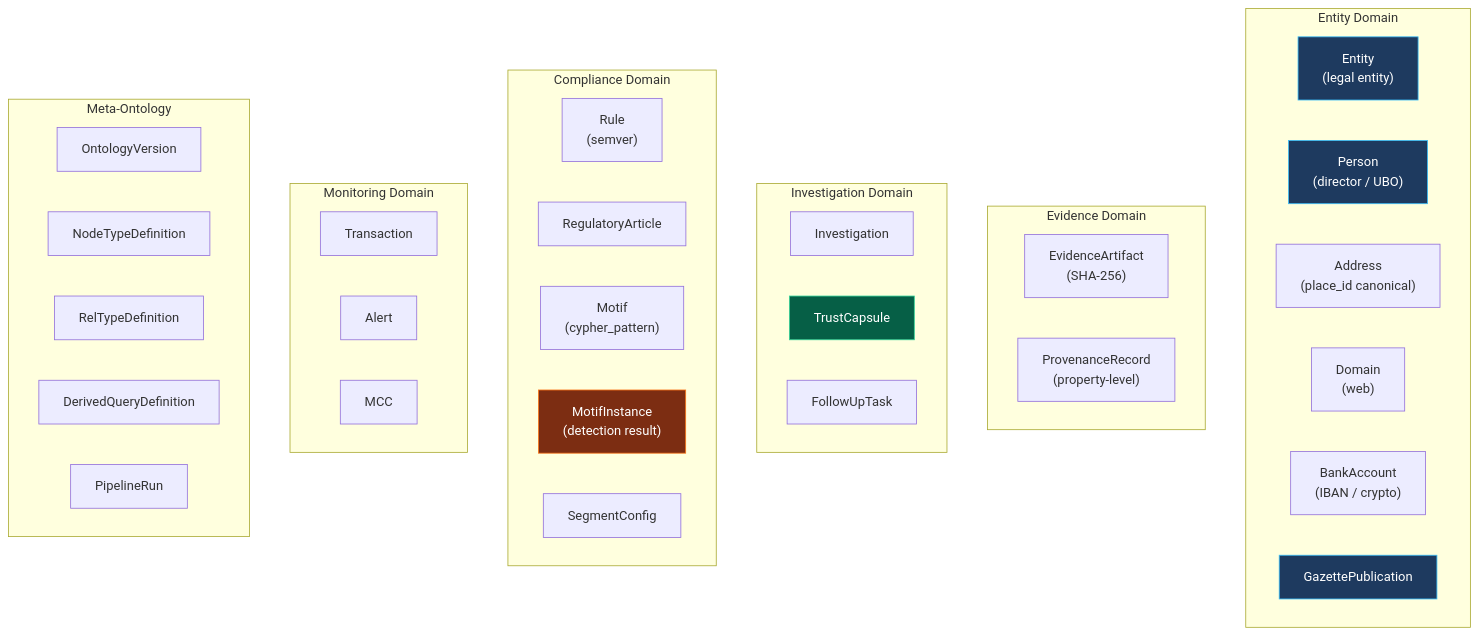
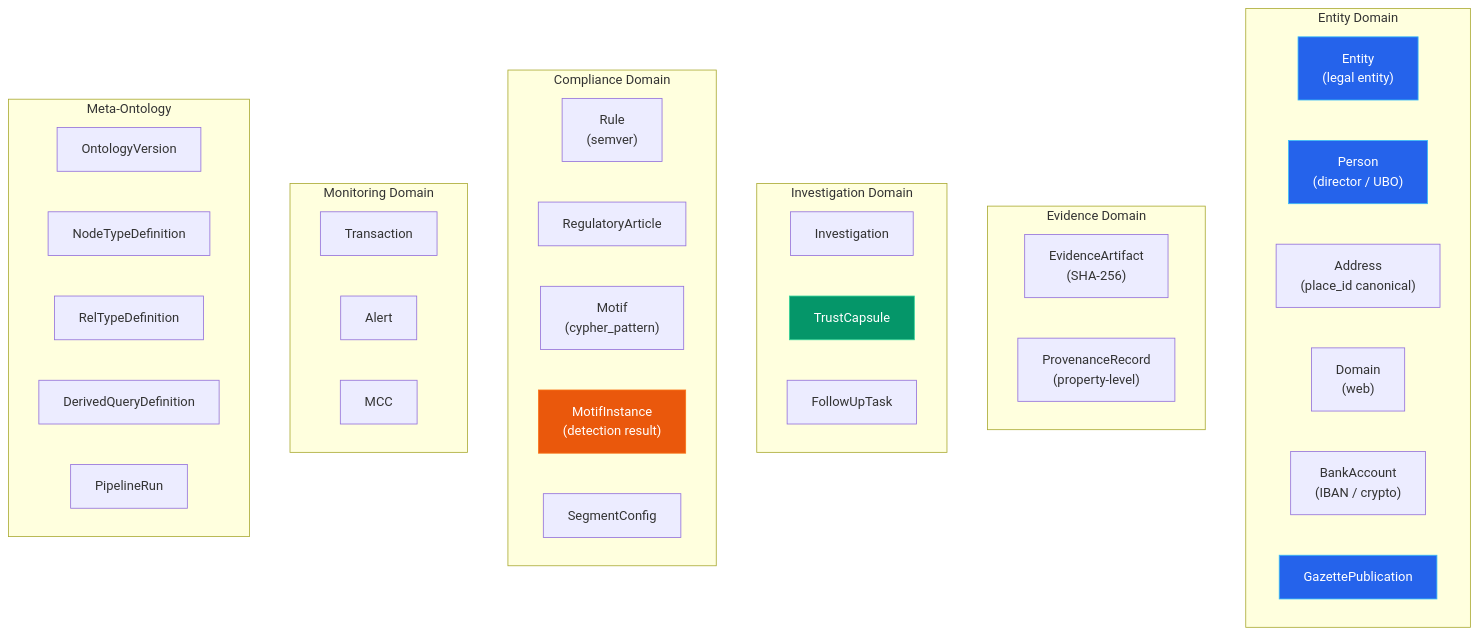
One commit to Tsunami-max/trust-relay-docs changed the third of 3 diagrams in docs/architecture/knowledge-graph.md. Above: the diagram before and after it, drawn with Mermaid. The commit also changed other lines of this file and 24 other files, not shown here.

````diff
--- a/docs/architecture/knowledge-graph.md
+++ b/docs/architecture/knowledge-graph.md
@@ -160,50 +223,50 @@
 ```mermaid
 graph TD
     subgraph Entity["Entity Domain"]
         E["Entity<br/>(legal entity)"]
         P["Person<br/>(director / UBO)"]
         A["Address<br/>(place_id canonical)"]
         D["Domain<br/>(web)"]
         BA["BankAccount<br/>(IBAN / crypto)"]
         GP["GazettePublication"]
     end
 
     subgraph Evidence["Evidence Domain"]
         EA["EvidenceArtifact<br/>(SHA-256)"]
         PR["ProvenanceRecord<br/>(property-level)"]
     end
 
     subgraph Investigation["Investigation Domain"]
         INV["Investigation"]
         TC["TrustCapsule"]
         FT["FollowUpTask"]
     end
 
     subgraph Compliance["Compliance Domain"]
         R["Rule<br/>(semver)"]
         RA["RegulatoryArticle"]
         M["Motif<br/>(cypher_pattern)"]
         MI["MotifInstance<br/>(detection result)"]
         SC["SegmentConfig"]
     end
 
     subgraph Monitoring["Monitoring Domain"]
         TX["Transaction"]
         AL["Alert"]
         MCC["MCC"]
     end
 
     subgraph Meta["Meta-Ontology"]
         OV["OntologyVersion"]
         NTD["NodeTypeDefinition"]
         RTD["RelTypeDefinition"]
         DQD["DerivedQueryDefinition"]
         PLR["PipelineRun"]
     end
 
-    style E fill:#1e3a5f,stroke:#38bdf8,color:#fff
-    style P fill:#1e3a5f,stroke:#38bdf8,color:#fff
-    style GP fill:#1e3a5f,stroke:#38bdf8,color:#fff
-    style MI fill:#7c2d12,stroke:#f97316,color:#fff
-    style TC fill:#065f46,stroke:#34d399,color:#fff
+    style E fill:#2563eb,stroke:#38bdf8,color:#fff
+    style P fill:#2563eb,stroke:#38bdf8,color:#fff
+    style GP fill:#2563eb,stroke:#38bdf8,color:#fff
+    style MI fill:#ea580c,stroke:#f97316,color:#fff
+    style TC fill:#059669,stroke:#34d399,color:#fff
 ```
````
